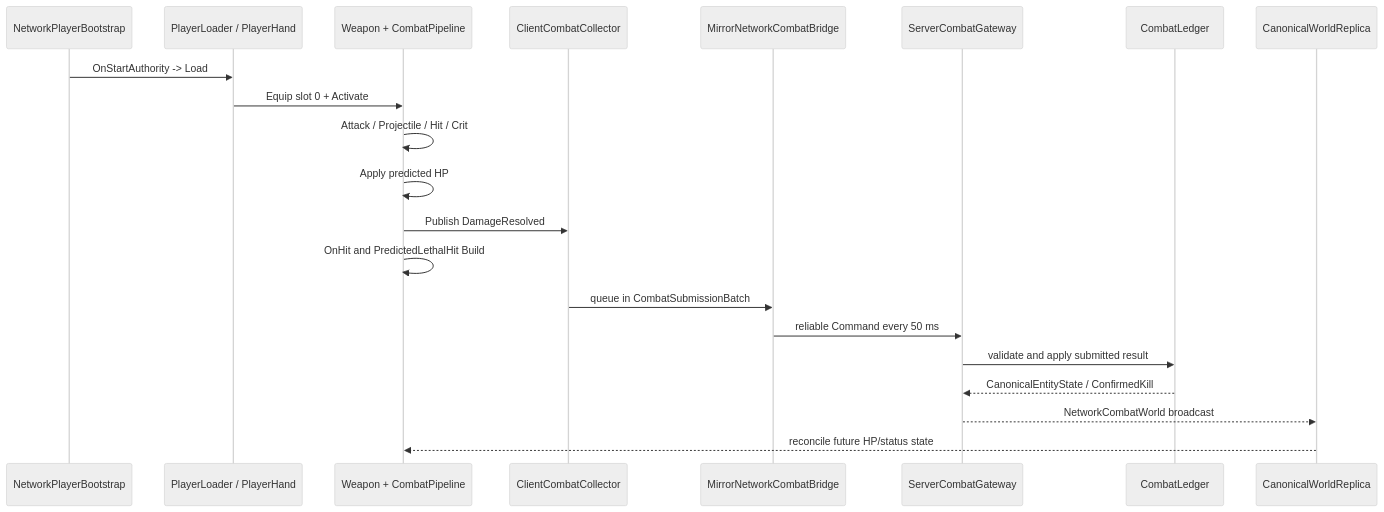
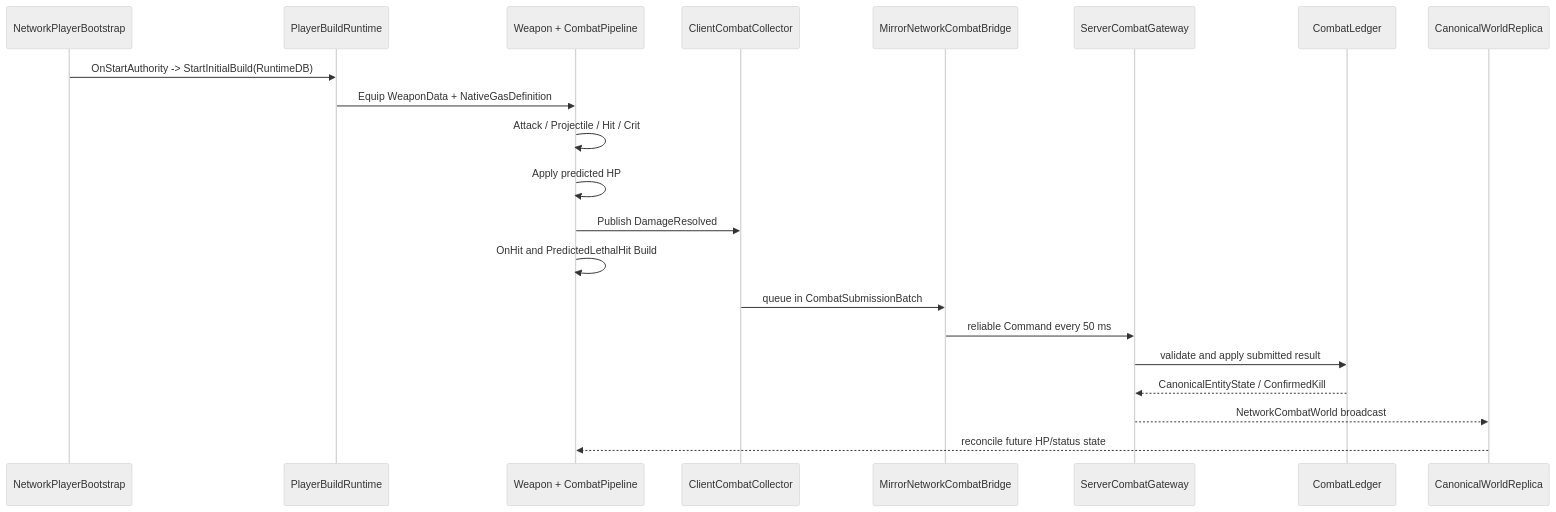
The second of 2 diagrams in Assets/Doc/MonsterSupergroup_GAS与联机模块总览.md (yuzexing/MonsterSupergroup), drawn with Mermaid (neutral theme) before and after one commit. The commit also changed other lines of this file and 55 other files, not shown here.

````diff
--- a/Assets/Doc/MonsterSupergroup_GAS与联机模块总览.md
+++ b/Assets/Doc/MonsterSupergroup_GAS与联机模块总览.md
@@ -220,24 +220,24 @@
 ```mermaid
 sequenceDiagram
     participant B as NetworkPlayerBootstrap
-    participant H as PlayerLoader / PlayerHand
+    participant H as PlayerBuildRuntime
     participant W as Weapon + CombatPipeline
     participant C as ClientCombatCollector
     participant M as MirrorNetworkCombatBridge
     participant G as ServerCombatGateway
     participant L as CombatLedger
     participant R as CanonicalWorldReplica
 
-    B->>H: OnStartAuthority -> Load
-    H->>W: Equip slot 0 + Activate
+    B->>H: OnStartAuthority -> StartInitialBuild(RuntimeDB)
+    H->>W: Equip WeaponData + NativeGasDefinition
     W->>W: Attack / Projectile / Hit / Crit
     W->>W: Apply predicted HP
     W->>C: Publish DamageResolved
     W->>W: OnHit and PredictedLethalHit Build
     C->>M: queue in CombatSubmissionBatch
     M->>G: reliable Command every 50 ms
     G->>L: validate and apply submitted result
     L-->>G: CanonicalEntityState / ConfirmedKill
     G-->>R: NetworkCombatWorld broadcast
     R-->>W: reconcile future HP/status state
 ```
````
